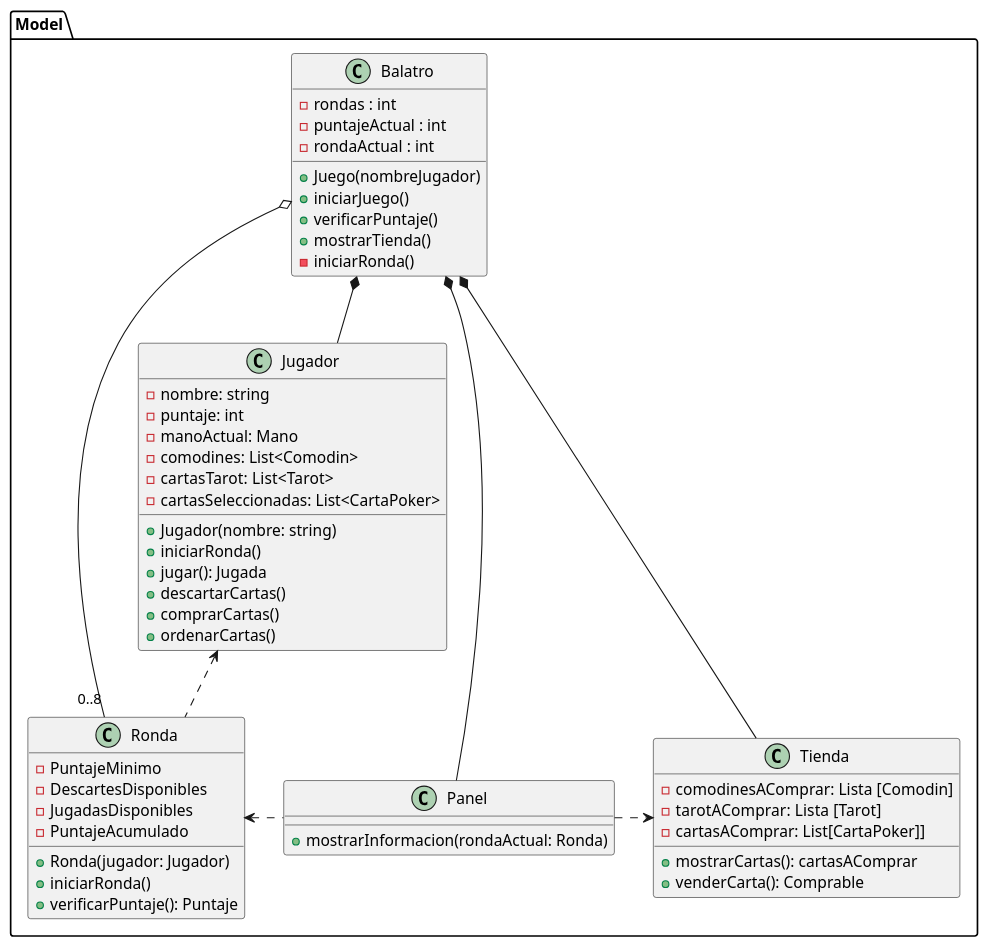
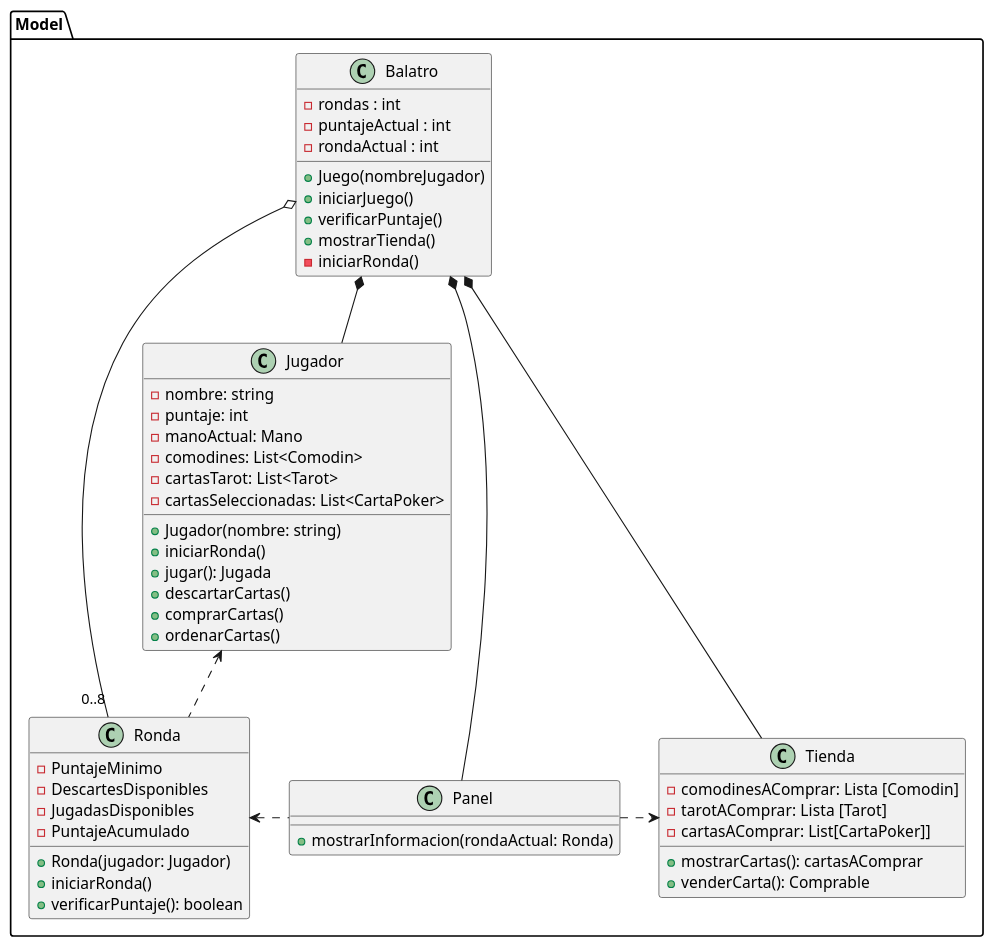
The diagram in diagrams/classes/clasesBalatro1.puml (carruizdiaz1109/UBAlatro), drawn with PlantUML before and after one commit. The commit also changed 3 other files, not shown here.

Commit message:
Actualizacion de los diagramas de clase

```diff
--- a/diagrams/classes/clasesBalatro1.puml
+++ b/diagrams/classes/clasesBalatro1.puml
@@ -1,61 +1,61 @@
 @startuml
 
 package Model {
 
 class Balatro {
     - rondas : int
     - puntajeActual : int
     - rondaActual : int
     + Juego(nombreJugador)
     + iniciarJuego()
     + verificarPuntaje()
     + mostrarTienda()
     - iniciarRonda()
 }
 
 class Jugador {
     - nombre: string
     - puntaje: int
     - manoActual: Mano
     - comodines: List<Comodin>
     - cartasTarot: List<Tarot>
     - cartasSeleccionadas: List<CartaPoker>
     + Jugador(nombre: string)
     + iniciarRonda()
     + jugar(): Jugada
     + descartarCartas()
     + comprarCartas()
     + ordenarCartas()
 }
 
 class Tienda {
     - comodinesAComprar: Lista [Comodin]
     - tarotAComprar: Lista [Tarot]
     - cartasAComprar: List[CartaPoker]]
     + mostrarCartas(): cartasAComprar
     + venderCarta(): Comprable
 }
 
 class Ronda {
     - PuntajeMinimo
     - DescartesDisponibles
     - JugadasDisponibles
     - PuntajeAcumulado
     + Ronda(jugador: Jugador)
     + iniciarRonda()
-    + verificarPuntaje(): Puntaje
+    + verificarPuntaje(): boolean
 }
 
 class Panel {
     + mostrarInformacion(rondaActual: Ronda)
 }
 
 Balatro *-- Jugador
 Balatro *-- Tienda
 Balatro o-- "0..8" Ronda
 Balatro *-- Panel
 Ronda .up.> Jugador
 Panel .left.> Ronda
 Panel .right.> Tienda
 }
 @enduml
```
